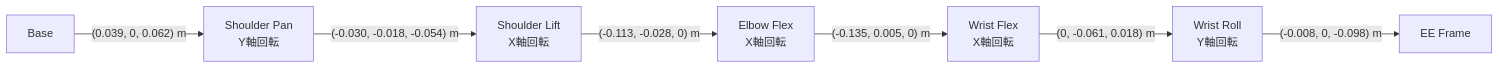
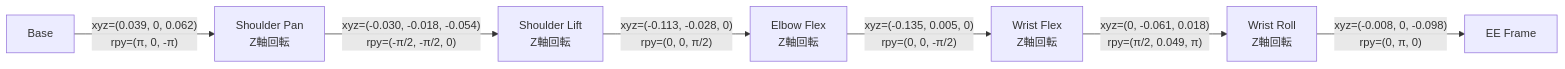
The first of 2 diagrams in docs/robots/so101.md (keio-crl/robopy), drawn with Mermaid before and after one commit. The commit also changed other lines of this file and 4 other files, not shown here.

````diff
--- a/docs/robots/so101.md
+++ b/docs/robots/so101.md
@@ -238,9 +240,9 @@
 ```mermaid
 graph LR
-    A[Base] -->|"(0.039, 0, 0.062) m"| B[Shoulder Pan<br/>Y軸回転]
-    B -->|"(-0.030, -0.018, -0.054) m"| C[Shoulder Lift<br/>X軸回転]
-    C -->|"(-0.113, -0.028, 0) m"| D[Elbow Flex<br/>X軸回転]
-    D -->|"(-0.135, 0.005, 0) m"| E[Wrist Flex<br/>X軸回転]
-    E -->|"(0, -0.061, 0.018) m"| F[Wrist Roll<br/>Y軸回転]
-    F -->|"(-0.008, 0, -0.098) m"| G[EE Frame]
+    A[Base] -->|"xyz=(0.039, 0, 0.062)<br/>rpy=(π, 0, -π)"| B[Shoulder Pan<br/>Z軸回転]
+    B -->|"xyz=(-0.030, -0.018, -0.054)<br/>rpy=(-π/2, -π/2, 0)"| C[Shoulder Lift<br/>Z軸回転]
+    C -->|"xyz=(-0.113, -0.028, 0)<br/>rpy=(0, 0, π/2)"| D[Elbow Flex<br/>Z軸回転]
+    D -->|"xyz=(-0.135, 0.005, 0)<br/>rpy=(0, 0, -π/2)"| E[Wrist Flex<br/>Z軸回転]
+    E -->|"xyz=(0, -0.061, 0.018)<br/>rpy=(π/2, 0.049, π)"| F[Wrist Roll<br/>Z軸回転]
+    F -->|"xyz=(-0.008, 0, -0.098)<br/>rpy=(0, π, 0)"| G[EE Frame]
 ```
````
